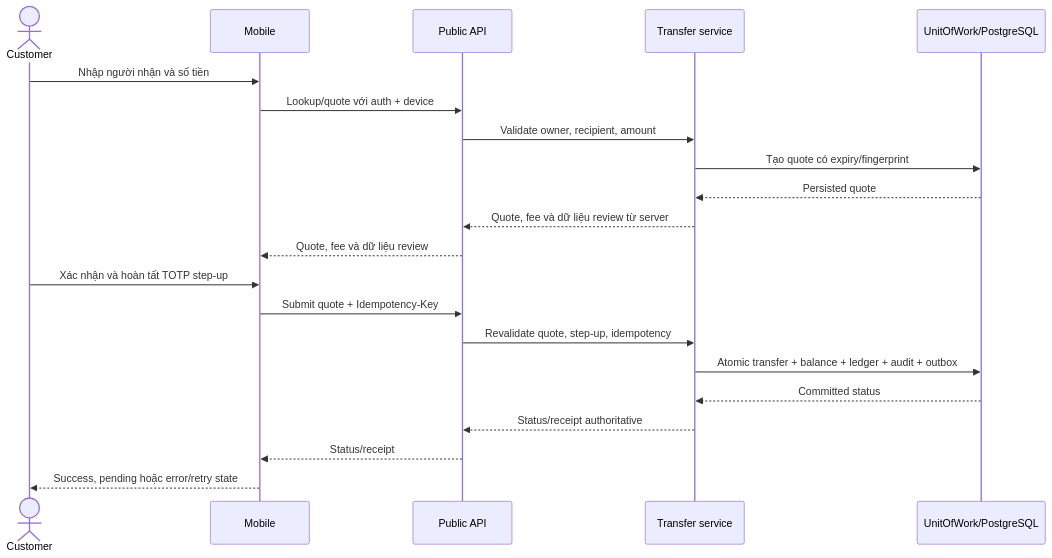
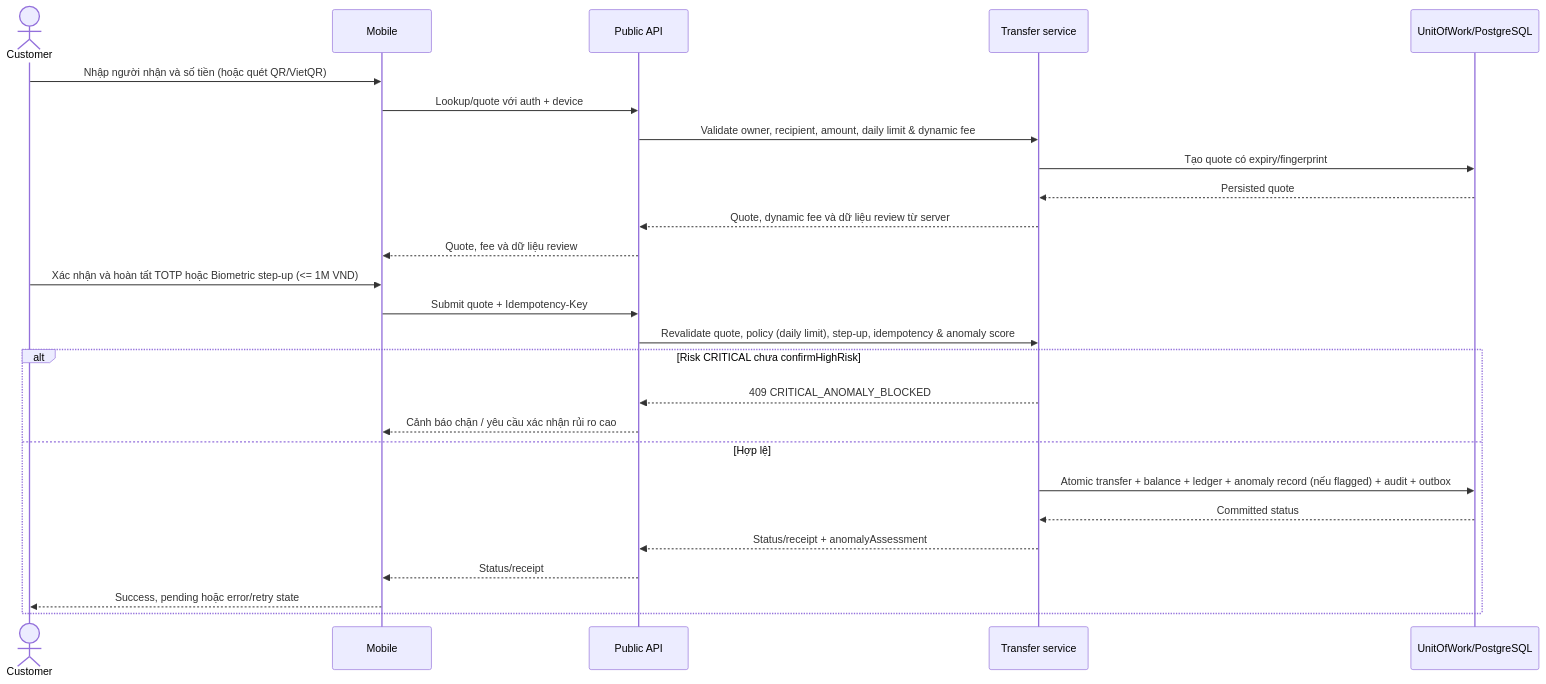
The first of 6 diagrams in documents/02-design/sequence-core-demo.md (NguyenCaoKy1603/banking-system), drawn with Mermaid before and after one commit. The commit also changed other lines of this file and 26 other files, not shown here.

```diff
--- a/documents/02-design/sequence-core-demo.md
+++ b/documents/02-design/sequence-core-demo.md
@@ -7,24 +7,29 @@
 ~~~mermaid
 sequenceDiagram
   actor C as Customer
   participant M as Mobile
   participant API as Public API
   participant S as Transfer service
   participant DB as UnitOfWork/PostgreSQL
 
-  C->>M: Nhập người nhận và số tiền
+  C->>M: Nhập người nhận và số tiền (hoặc quét QR/VietQR)
   M->>API: Lookup/quote với auth + device
-  API->>S: Validate owner, recipient, amount
+  API->>S: Validate owner, recipient, amount, daily limit & dynamic fee
   S->>DB: Tạo quote có expiry/fingerprint
   DB-->>S: Persisted quote
-  S-->>API: Quote, fee và dữ liệu review từ server
+  S-->>API: Quote, dynamic fee và dữ liệu review từ server
   API-->>M: Quote, fee và dữ liệu review
-  C->>M: Xác nhận và hoàn tất TOTP step-up
+  C->>M: Xác nhận và hoàn tất TOTP hoặc Biometric step-up (<= 1M VND)
   M->>API: Submit quote + Idempotency-Key
-  API->>S: Revalidate quote, step-up, idempotency
-  S->>DB: Atomic transfer + balance + ledger + audit + outbox
-  DB-->>S: Committed status
-  S-->>API: Status/receipt authoritative
-  API-->>M: Status/receipt
-  M-->>C: Success, pending hoặc error/retry state
+  API->>S: Revalidate quote, policy (daily limit), step-up, idempotency & anomaly score
+  alt Risk CRITICAL chưa confirmHighRisk
+    S-->>API: 409 CRITICAL_ANOMALY_BLOCKED
+    API-->>M: Cảnh báo chặn / yêu cầu xác nhận rủi ro cao
+  else Hợp lệ
+    S->>DB: Atomic transfer + balance + ledger + anomaly record (nếu flagged) + audit + outbox
+    DB-->>S: Committed status
+    S-->>API: Status/receipt + anomalyAssessment
+    API-->>M: Status/receipt
+    M-->>C: Success, pending hoặc error/retry state
+  end
 ~~~
```
